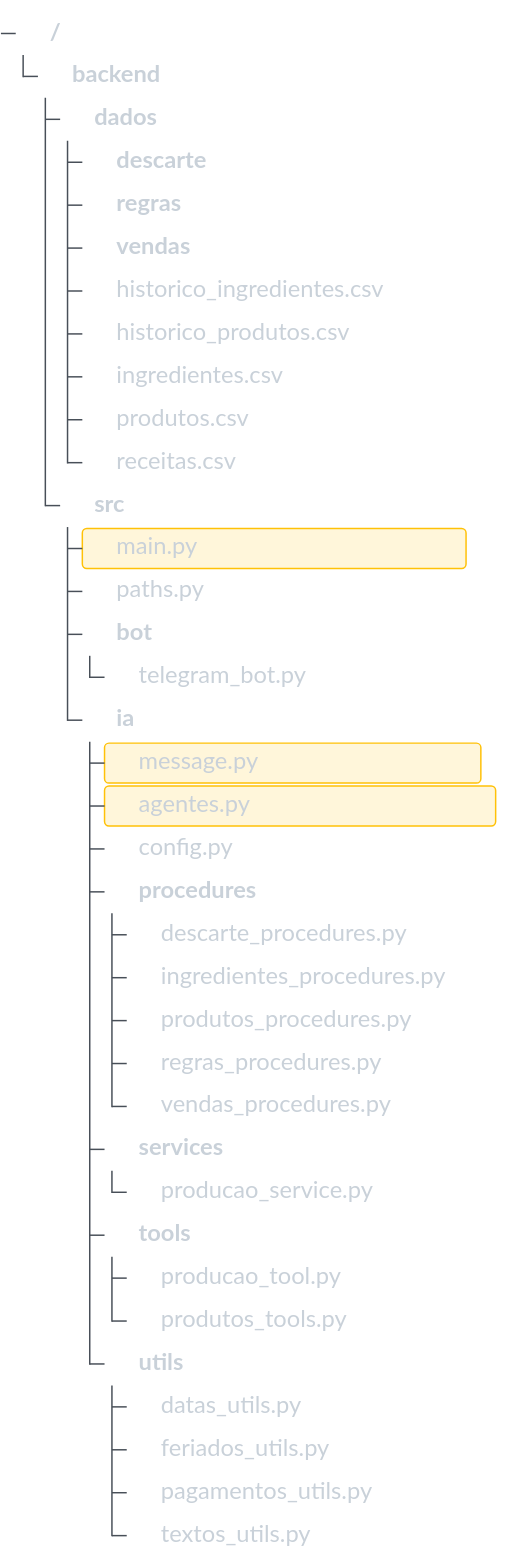
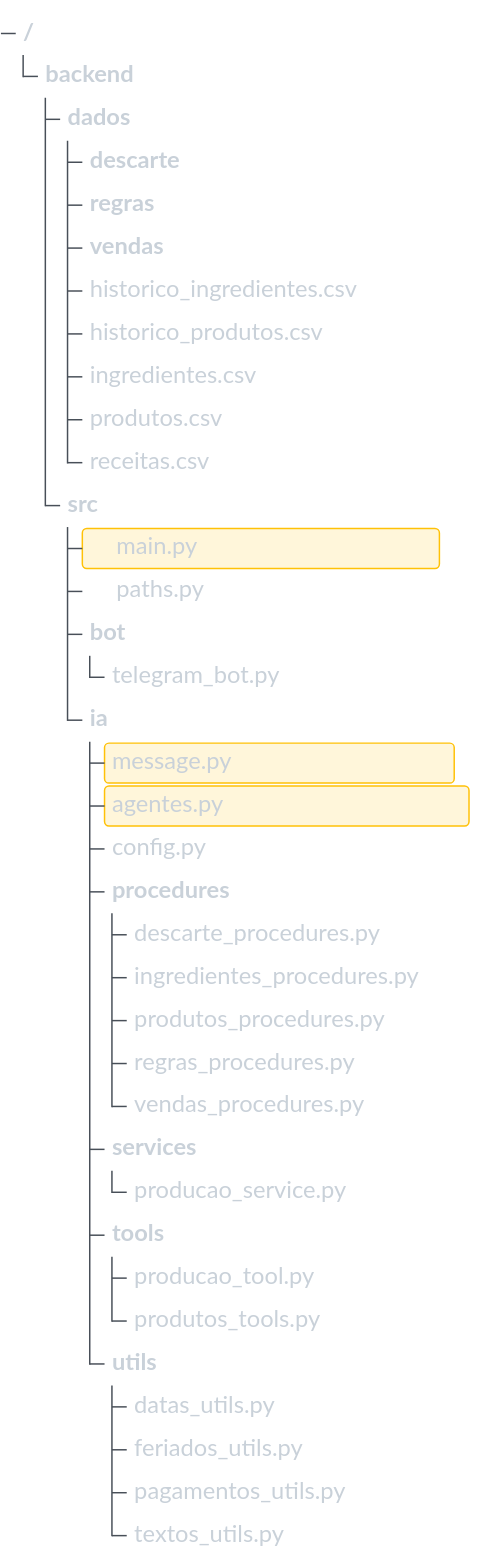
One commit to mvlsouza/api-1-semestre-2026-test changed the second of 4 diagrams in docs/cliente/tecnico/Arquitetura.md. Above: the diagram before and after it, drawn with Mermaid.

Commit message:
Refactor Mermaid diagram configuration
Removed unnecessary treeView configuration from Mermaid diagram.

````diff
--- a/docs/cliente/tecnico/Arquitetura.md
+++ b/docs/cliente/tecnico/Arquitetura.md
@@ -89,55 +89,52 @@
 ```mermaid
 
 %%{init: {
-  'treeView': {
-    'showIcons': true
-  },
   'themeVariables': {
     'treeView': {
       'labelFontSize': '16px',
       'labelColor': '#c9d1d9',
       'lineColor': '#484f58',
       'descriptionColor': '#8b949e',
       'highlightBg': 'rgba(88,166,255,0.12)',
       'highlightStroke': '#58a6ff'
     }
   }
 }}%%
 treeView-beta
     backend/
         dados/
             descarte/
             regras/
             vendas/
             historico_ingredientes.csv
             historico_produtos.csv
             ingredientes.csv
             produtos.csv
             receitas.csv
         src/
             main.py :::highlight icon(logos:python)
             paths.py icon(logos:react)
             bot/
                 telegram_bot.py
             ia/
                 message.py :::highlight
                 agentes.py :::highlight
                 config.py
                 procedures/
                     descarte_procedures.py
                     ingredientes_procedures.py
                     produtos_procedures.py
                     regras_procedures.py
                     vendas_procedures.py
                 services/
                     producao_service.py
                 tools/
                     producao_tool.py
                     produtos_tools.py
                 utils/
                     datas_utils.py
                     feriados_utils.py
                     pagamentos_utils.py
                     textos_utils.py
 
 ```
````
